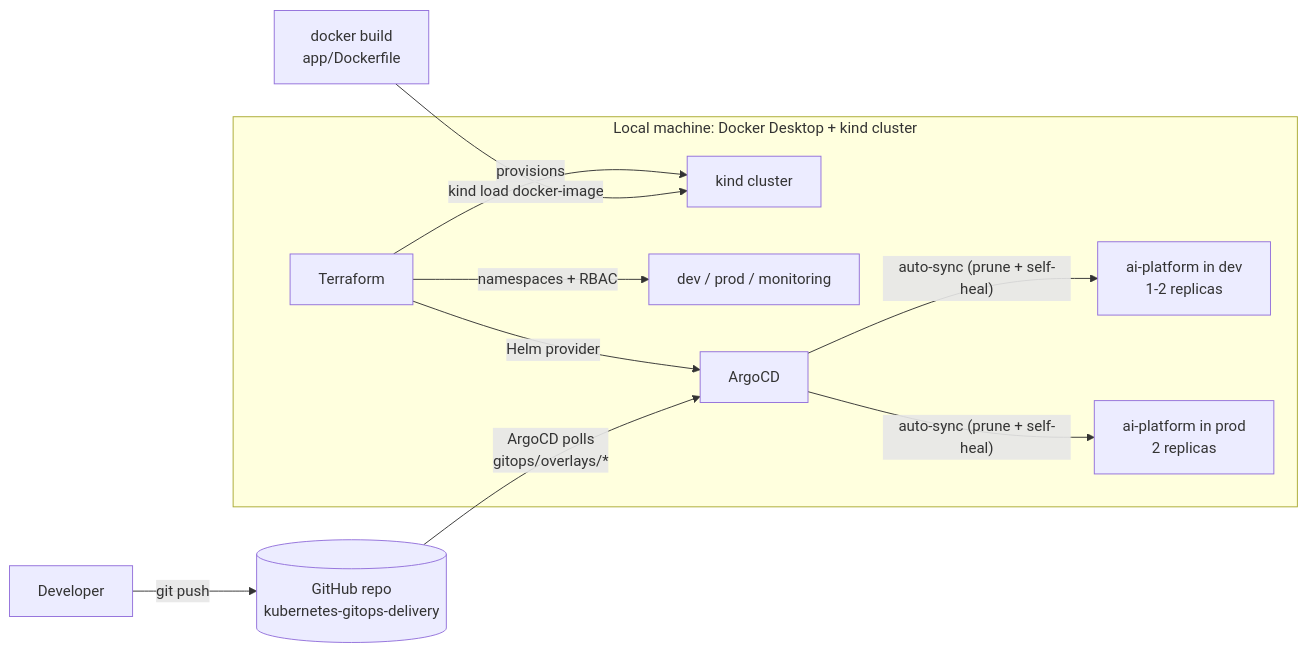
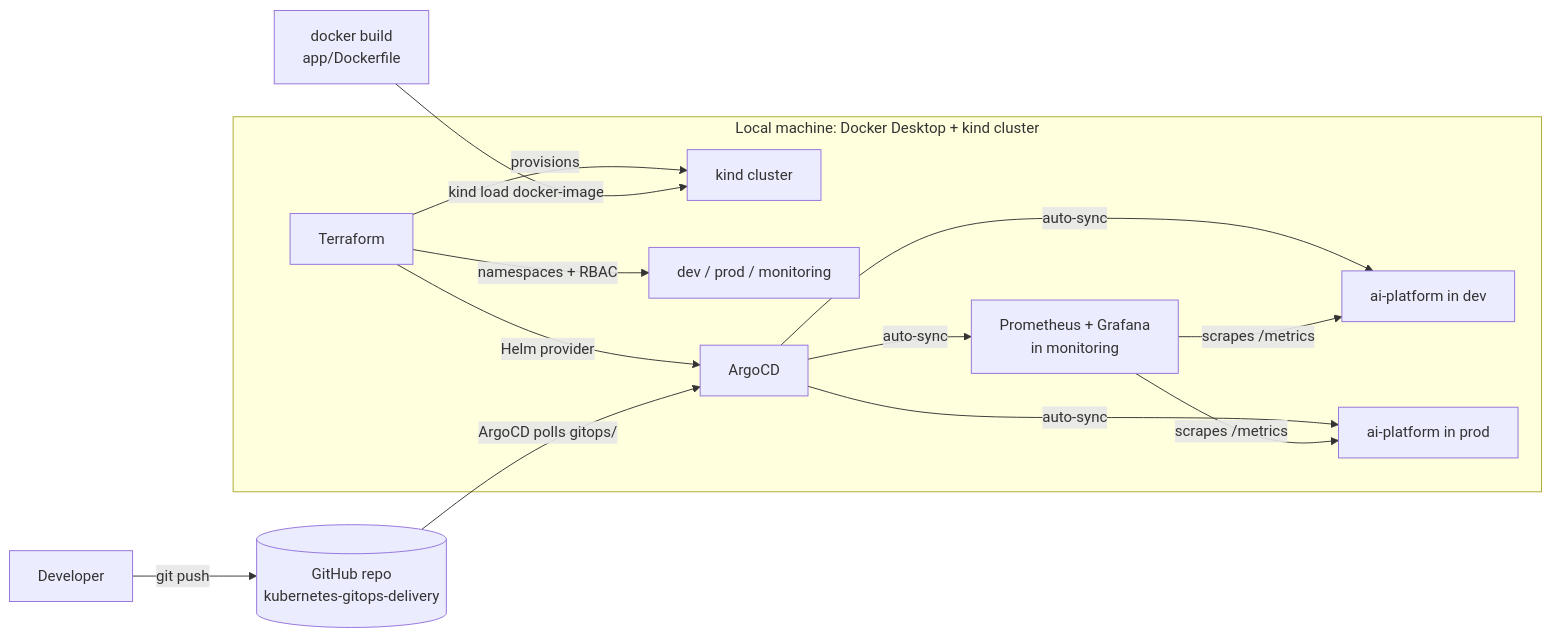
One commit to VishalGawale/kubernetes-gitops-delivery changed the first of 2 diagrams in README.md. Above: the diagram before and after it, drawn with Mermaid. The commit also changed other lines of this file and 2 other files, not shown here.

Commit message:
Document monitoring and add dashboard and ArgoCD screenshots

````diff
--- a/README.md
+++ b/README.md
@@ -9,16 +9,19 @@
 ```mermaid
 flowchart LR
     dev["Developer"] -->|git push| repo[("GitHub repo<br/>kubernetes-gitops-delivery")]
 
     subgraph local["Local machine: Docker Desktop + kind cluster"]
         tf["Terraform"] -->|provisions| cluster["kind cluster"]
         tf -->|"namespaces + RBAC"| ns["dev / prod / monitoring"]
         tf -->|"Helm provider"| argo["ArgoCD"]
 
-        argo -->|"auto-sync (prune + self-heal)"| devapp["ai-platform in dev<br/>1-2 replicas"]
-        argo -->|"auto-sync (prune + self-heal)"| prodapp["ai-platform in prod<br/>2 replicas"]
+        argo -->|"auto-sync"| devapp["ai-platform in dev"]
+        argo -->|"auto-sync"| prodapp["ai-platform in prod"]
+        argo -->|"auto-sync"| mon["Prometheus + Grafana<br/>in monitoring"]
+        mon -->|"scrapes /metrics"| devapp
+        mon -->|"scrapes /metrics"| prodapp
     end
 
-    repo -->|"ArgoCD polls<br/>gitops/overlays/*"| argo
+    repo -->|"ArgoCD polls gitops/"| argo
     docker["docker build<br/>app/Dockerfile"] -->|"kind load docker-image"| cluster
 ```
````
